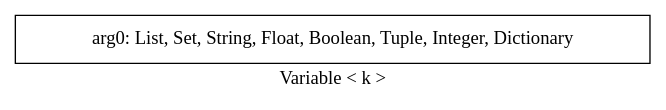
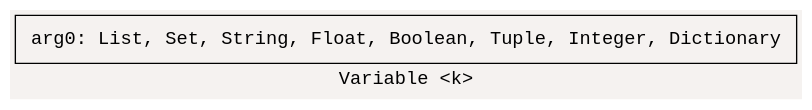
One commit to ZJxyo/PythonVarTypeAnalysisTool changed the diagram in output/flowchart/flowchart_boo(arg0,arg1)_k.gv. Above: the diagram before and after it, drawn with Graphviz. The commit also changed 95 other files, not shown here.

```diff
--- a/output/flowchart/flowchart_boo(arg0,arg1)_k.gv
+++ b/output/flowchart/flowchart_boo(arg0,arg1)_k.gv
@@ -1,5 +1,8 @@
 digraph {
-	label="Variable < k >"
+	label="Variable <k>"
+	bgcolor="#f5f2f0"
 	node [shape=box]
-	-1 [label="arg0: List, Set, String, Float, Boolean, Tuple, Integer, Dictionary"]
+	node [fontname="Consolas,Monaco,'Andale Mono','Ubuntu Mono',monospace"]
+	fontname="Consolas,Monaco,'Andale Mono','Ubuntu Mono',monospace"
+	-1 [label=" arg0: List, Set, String, Float, Boolean, Tuple, Integer, Dictionary "]
 }
```
